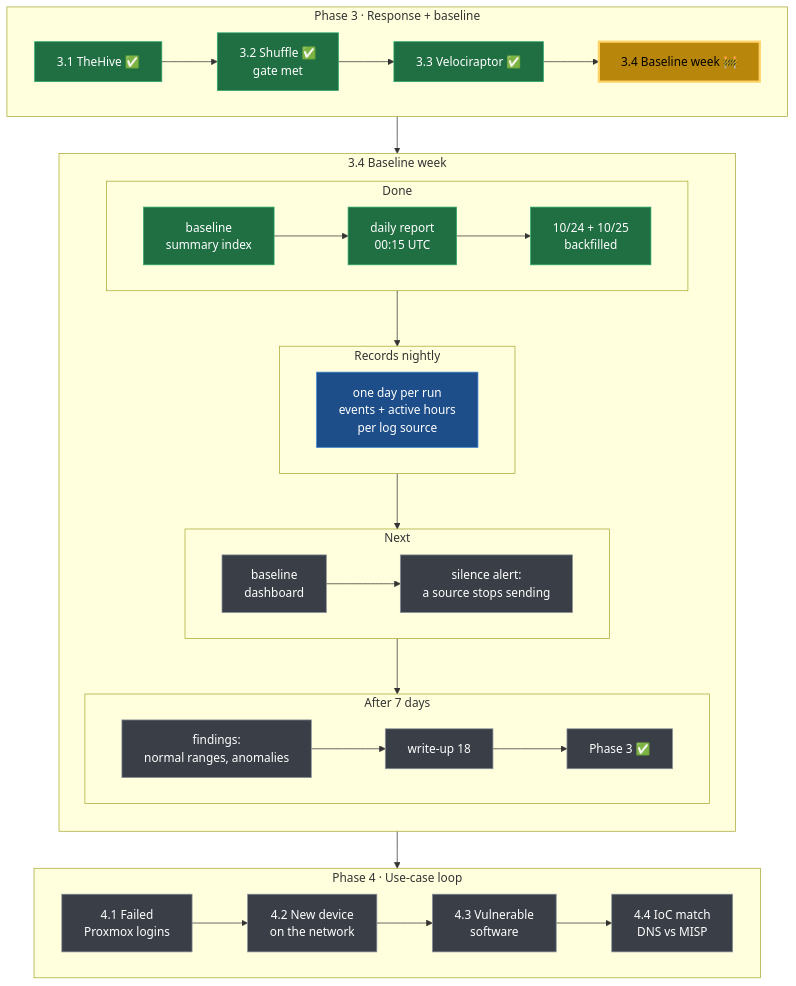
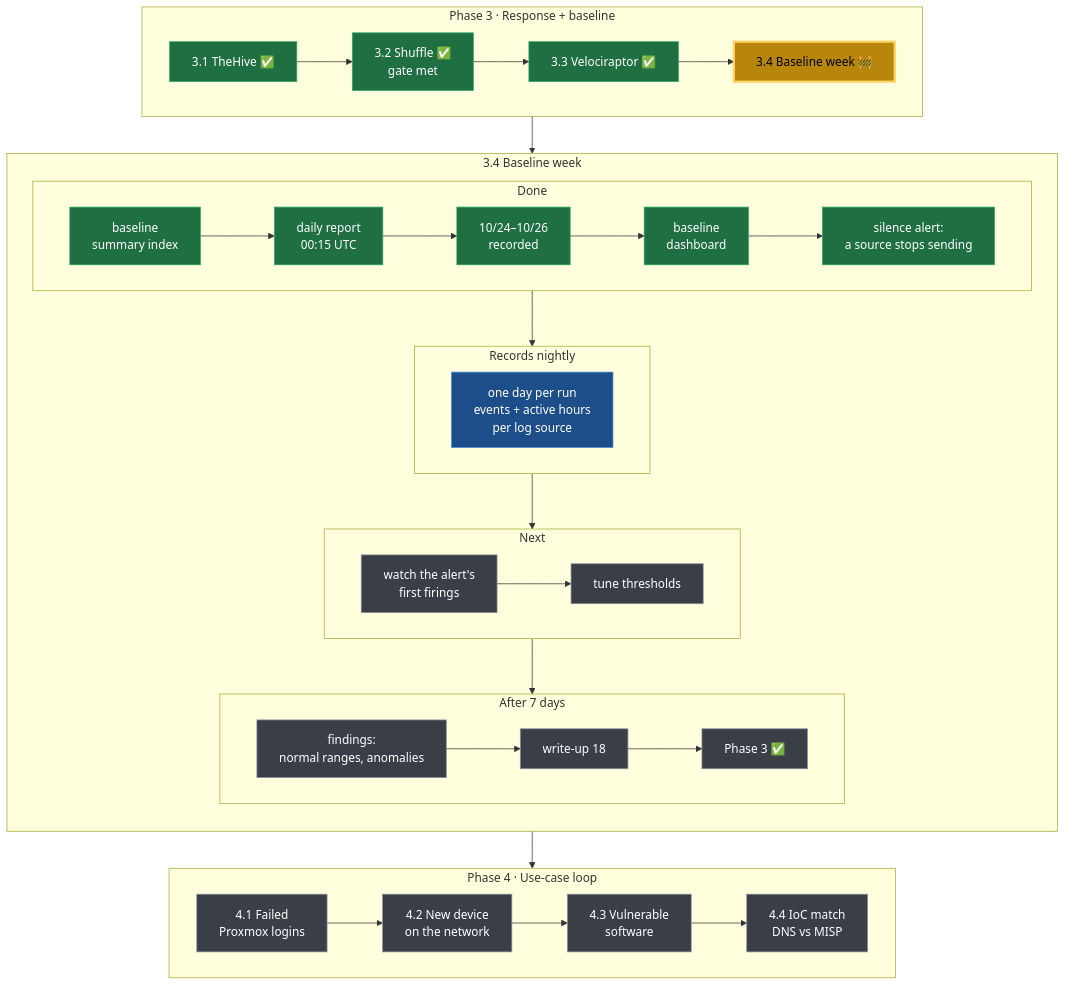
One commit to caleb57912/SOC-Homelab changed the second of 3 diagrams in 00-START-HERE-Build-Log/ROADMAP.md. Above: the diagram before and after it, drawn with Mermaid. The commit also changed other lines of this file and 3 other files, not shown here.

Commit message:
3.4 Baseline week (WIP): summary, README row, roadmap update, compact dashboard

````diff
--- a/00-START-HERE-Build-Log/ROADMAP.md
+++ b/00-START-HERE-Build-Log/ROADMAP.md
@@ -23,45 +23,45 @@
 ```mermaid
 flowchart TB
     subgraph P3["Phase 3 · Response + baseline"]
         direction LR
         A1["3.1 TheHive ✅"] --> A2["3.2 Shuffle ✅<br/>gate met"] --> A3["3.3 Velociraptor ✅"] --> A4["3.4 Baseline week 🚧"]
     end
 
     subgraph B["3.4 Baseline week"]
         direction TB
         subgraph DONE["Done"]
             direction LR
-            D1["baseline<br/>summary index"] --> D2["daily report<br/>00:15 UTC"] --> D3["10/24 + 10/25<br/>backfilled"]
+            D1["baseline<br/>summary index"] --> D2["daily report<br/>00:15 UTC"] --> D3["10/24–10/26<br/>recorded"] --> D4["baseline<br/>dashboard"] --> D5["silence alert:<br/>a source stops sending"]
         end
         subgraph AUTO["Records nightly"]
             direction LR
             R1["one day per run<br/>events + active hours<br/>per log source"]
         end
         subgraph NEXT["Next"]
             direction LR
-            N1["baseline<br/>dashboard"] --> N2["silence alert:<br/>a source stops sending"]
+            N1["watch the alert's<br/>first firings"] --> N2["tune thresholds"]
         end
         subgraph END["After 7 days"]
             direction LR
             E1["findings:<br/>normal ranges, anomalies"] --> E2["write-up 18"] --> E3["Phase 3 ✅"]
         end
         DONE --> AUTO --> NEXT --> END
     end
 
     subgraph P4["Phase 4 · Use-case loop"]
         direction LR
         F1["4.1 Failed<br/>Proxmox logins"] --> F2["4.2 New device<br/>on the network"] --> F3["4.3 Vulnerable<br/>software"] --> F4["4.4 IoC match<br/>DNS vs MISP"]
     end
 
     A4 --> B
     END --> P4
 
     classDef done fill:#1f6f43,stroke:#2ea86b,color:#ffffff
     classDef now fill:#b8860b,stroke:#ffd166,color:#000000,stroke-width:3px
     classDef auto fill:#1d4e89,stroke:#4c8ed9,color:#ffffff
     classDef todo fill:#3a3f47,stroke:#8a929c,color:#ffffff
-    class A1,A2,A3,D1,D2,D3 done
+    class A1,A2,A3,D1,D2,D3,D4,D5 done
     class A4 now
     class R1 auto
     class N1,N2,E1,E2,E3,F1,F2,F3,F4 todo
 ```
````
